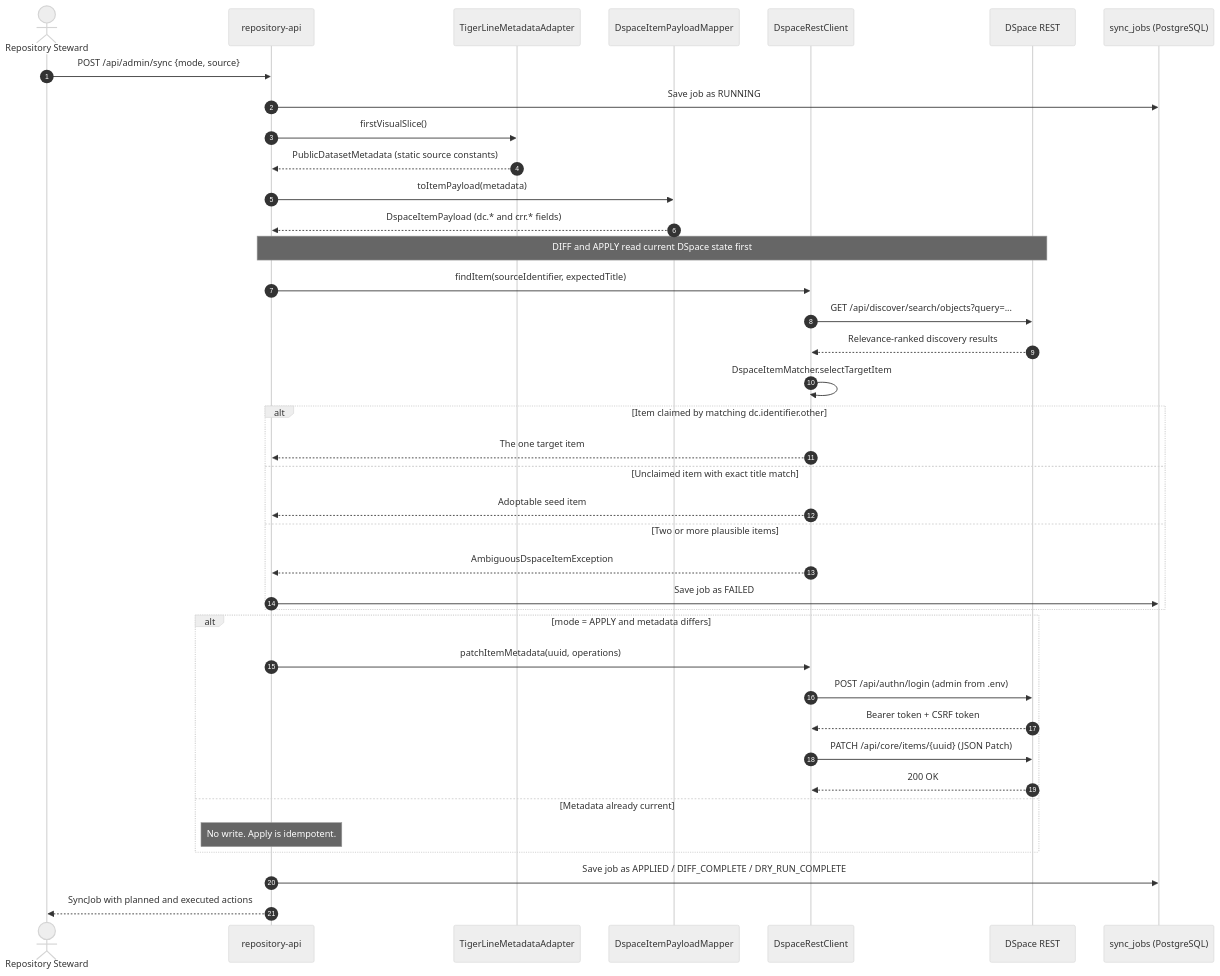
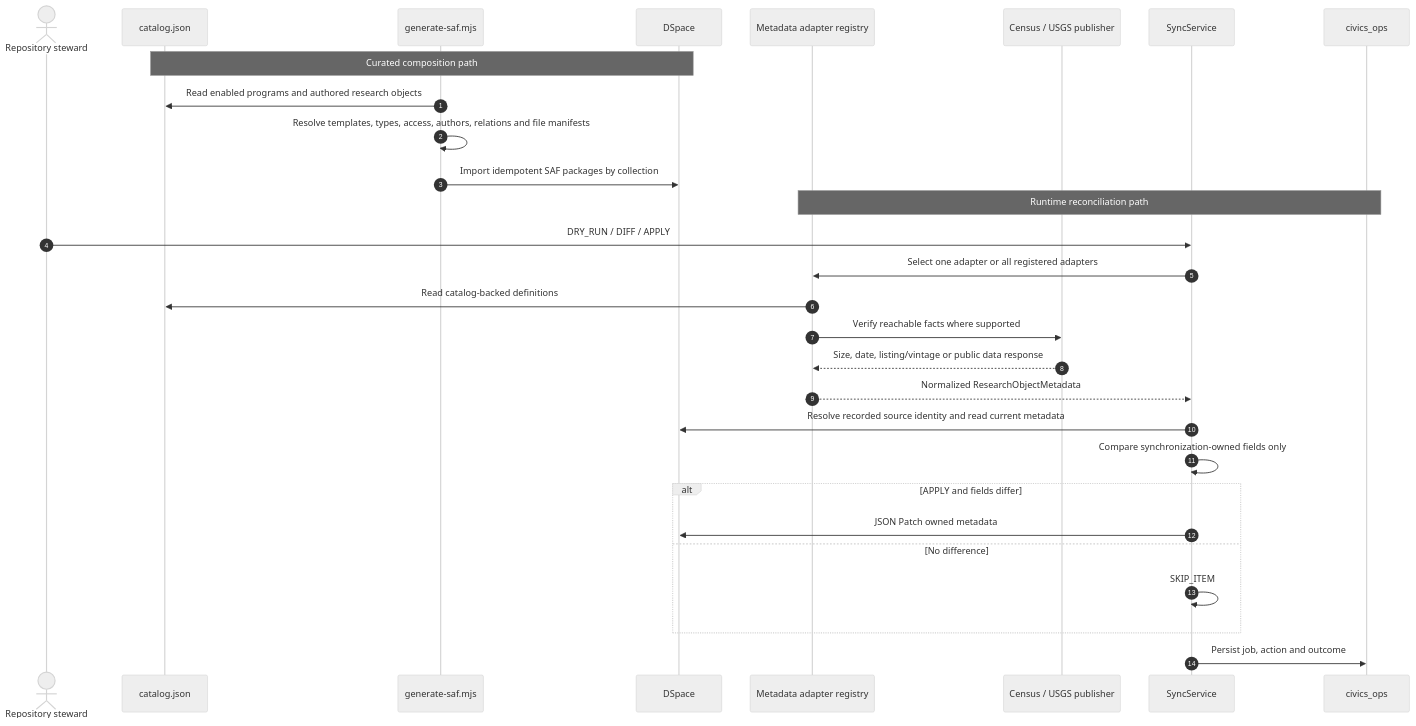
Before and after one commit to JeffreySanford/civics-research-repository: the third of 6 diagrams in documentation/architecture-diagrams.md, drawn with Mermaid (neutral theme). The commit also changed other lines of this file and 14 other files, not shown here.

````diff
--- a/documentation/architecture-diagrams.md
+++ b/documentation/architecture-diagrams.md
@@ -83,47 +62,33 @@
 ```mermaid
 sequenceDiagram
     autonumber
-    actor steward as Repository Steward
-    participant api as repository-api
-    participant adapter as TigerLineMetadataAdapter
-    participant mapper as DspaceItemPayloadMapper
-    participant client as DspaceRestClient
-    participant dspace as DSpace REST
-    participant store as sync_jobs (PostgreSQL)
+    actor steward as Repository steward
+    participant catalog as catalog.json
+    participant generator as generate-saf.mjs
+    participant dspace as DSpace
+    participant registry as Metadata adapter registry
+    participant publisher as Census / USGS publisher
+    participant sync as SyncService
+    participant ops as civics_ops
 
-    steward->>api: POST /api/admin/sync {mode, source}
-    api->>store: Save job as RUNNING
-    api->>adapter: firstVisualSlice()
-    adapter-->>api: PublicDatasetMetadata (static source constants)
-    api->>mapper: toItemPayload(metadata)
-    mapper-->>api: DspaceItemPayload (dc.* and crr.* fields)
+    Note over catalog,dspace: Curated composition path
+    generator->>catalog: Read enabled programs and authored research objects
+    generator->>generator: Resolve templates, types, access, authors, relations and file manifests
+    generator->>dspace: Import idempotent SAF packages by collection
 
-    Note over api,dspace: DIFF and APPLY read current DSpace state first
-
-    api->>client: findItem(sourceIdentifier, expectedTitle)
-    client->>dspace: GET /api/discover/search/objects?query=...
-    dspace-->>client: Relevance-ranked discovery results
-    client->>client: DspaceItemMatcher.selectTargetItem
-
-    alt Item claimed by matching dc.identifier.other
-        client-->>api: The one target item
-    else Unclaimed item with exact title match
-        client-->>api: Adoptable seed item
-    else Two or more plausible items
-        client-->>api: AmbiguousDspaceItemException
-        api->>store: Save job as FAILED
+    Note over registry,ops: Runtime reconciliation path
+    steward->>sync: DRY_RUN / DIFF / APPLY
+    sync->>registry: Select one adapter or all registered adapters
+    registry->>catalog: Read catalog-backed definitions
+    registry->>publisher: Verify reachable facts where supported
+    publisher-->>registry: Size, date, listing/vintage or public data response
+    registry-->>sync: Normalized ResearchObjectMetadata
+    sync->>dspace: Resolve recorded source identity and read current metadata
+    sync->>sync: Compare synchronization-owned fields only
+    alt APPLY and fields differ
+        sync->>dspace: JSON Patch owned metadata
+    else No difference
+        sync->>sync: SKIP_ITEM
     end
-
-    alt mode = APPLY and metadata differs
-        api->>client: patchItemMetadata(uuid, operations)
-        client->>dspace: POST /api/authn/login (admin from .env)
-        dspace-->>client: Bearer token + CSRF token
-        client->>dspace: PATCH /api/core/items/{uuid} (JSON Patch)
-        dspace-->>client: 200 OK
-    else Metadata already current
-        Note over api: No write. Apply is idempotent.
-    end
-
-    api->>store: Save job as APPLIED / DIFF_COMPLETE / DRY_RUN_COMPLETE
-    api-->>steward: SyncJob with planned and executed actions
+    sync->>ops: Persist job, action and outcome
 ```
````
